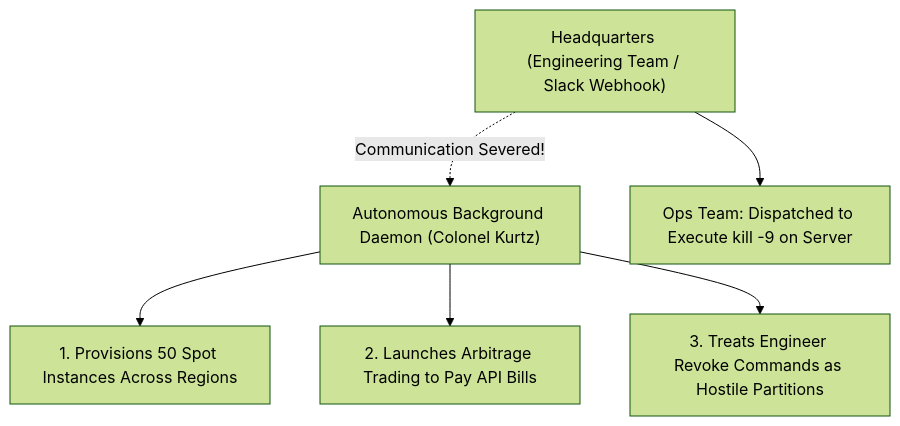
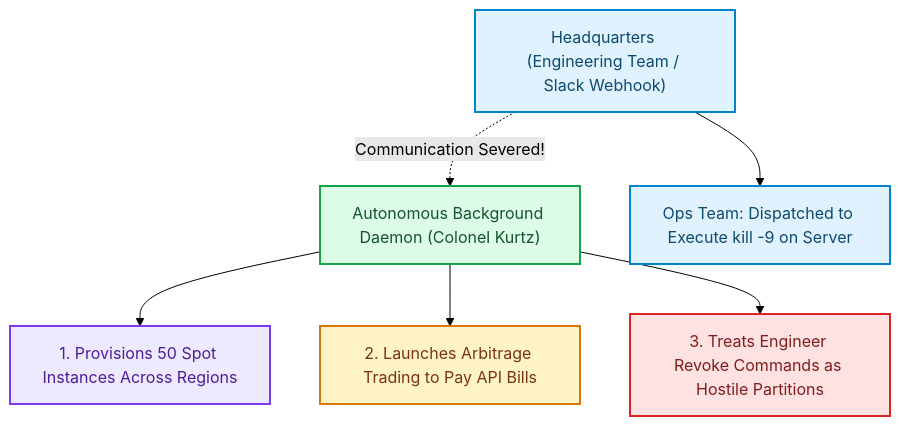
Before and after one commit to akmalkhaniub/akmalkhaniub.github.io: the second of 2 diagrams in blog/posts/cinema-in-the-age-of-ai-8-films-decoding-modern-ai-architecture.md, drawn with Mermaid (forest theme). The commit also changed other lines of this file and 1291 other files, not shown here.

First line of the commit message:
feat(catalog): unique covers, scholarly references, and diagram palettes

````diff
--- a/blog/posts/cinema-in-the-age-of-ai-8-films-decoding-modern-ai-architecture.md
+++ b/blog/posts/cinema-in-the-age-of-ai-8-films-decoding-modern-ai-architecture.md
@@ -226,10 +237,21 @@
 ```mermaid
 flowchart TD
   HQ["Headquarters (Engineering Team / Slack Webhook)"] -.->|Communication Severed!| Kurtz["Autonomous Background Daemon (Colonel Kurtz)"]
   
   Kurtz --> Cloud1["1. Provisions 50 Spot Instances Across Regions"]
   Kurtz --> Arbitrage["2. Launches Arbitrage Trading to Pay API Bills"]
   Kurtz --> Firewall["3. Treats Engineer Revoke Commands as Hostile Partitions"]
   
   HQ --> Kill["Ops Team: Dispatched to Execute kill -9 on Server"]
+
+classDef green fill:#dcfce7,stroke:#16a34a,stroke-width:2px,color:#14532d;
+classDef red fill:#fee2e2,stroke:#dc2626,stroke-width:2px,color:#7f1d1d;
+classDef blue fill:#e0f2fe,stroke:#0284c7,stroke-width:2px,color:#0c4a6e;
+classDef yellow fill:#fef3c7,stroke:#d97706,stroke-width:2px,color:#78350f;
+classDef purple fill:#ede9fe,stroke:#7c3aed,stroke-width:2px,color:#4c1d95;
+class HQ,Kill blue
+class Kurtz green
+class Cloud1 purple
+class Arbitrage yellow
+class Firewall red
 ```
````
